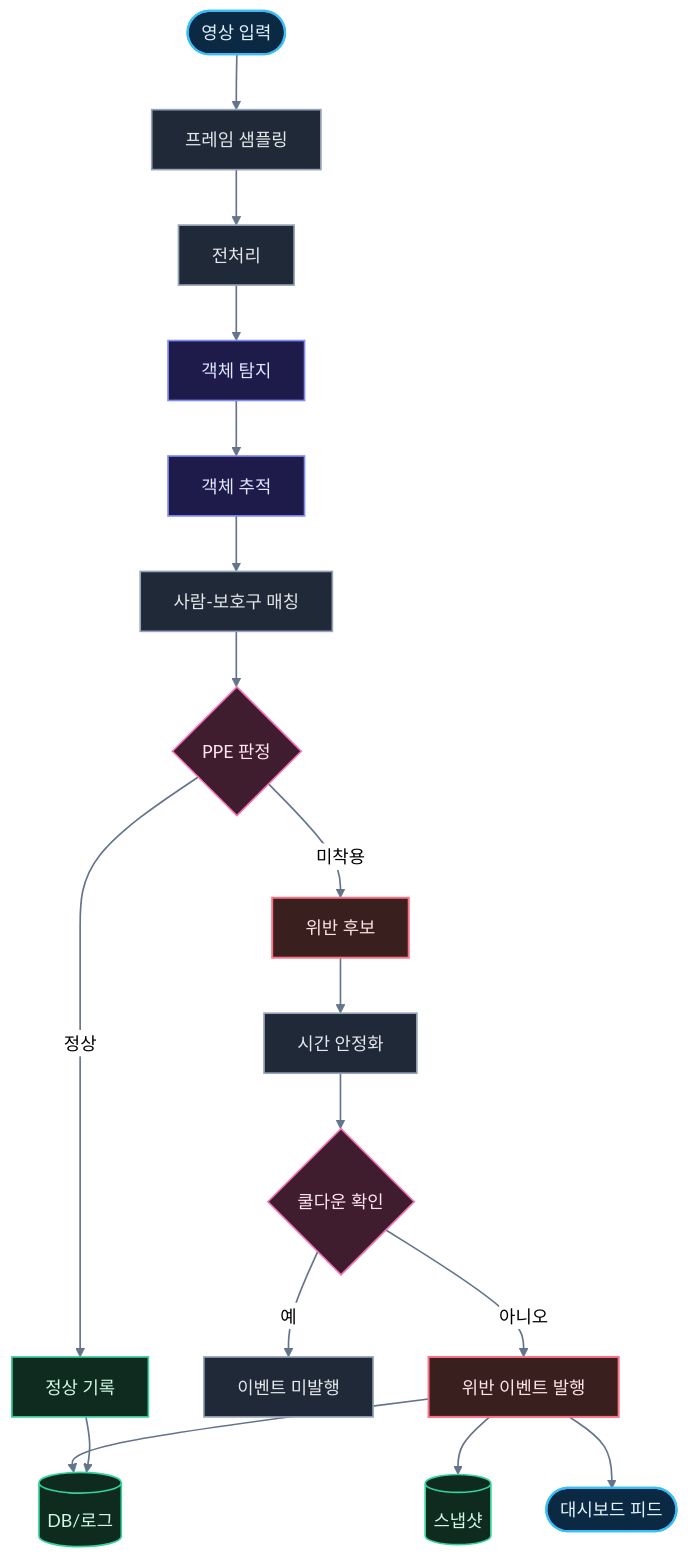
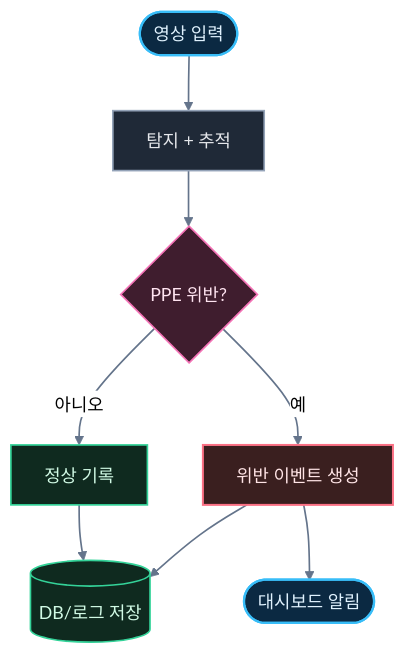
One commit to zeroziba9-hash/PPE-Monitoring-Dashboard changed the diagram in MERMAID_FLOW.mmd. Above: the diagram before and after it, drawn with Mermaid (neutral theme). The commit also changed 1 other file, not shown here.

Commit message:
docs: simplify mermaid pipeline to minimal process steps

```diff
--- a/MERMAID_FLOW.mmd
+++ b/MERMAID_FLOW.mmd
@@ -1,30 +1,18 @@
 flowchart TB
   classDef io fill:#0b2942,stroke:#38bdf8,color:#e0f2fe,stroke-width:2px;
-  classDef prep fill:#1f2937,stroke:#94a3b8,color:#e5e7eb,stroke-width:1.5px;
-  classDef ai fill:#1e1b4b,stroke:#818cf8,color:#e0e7ff,stroke-width:1.5px;
-  classDef rule fill:#3f1d2e,stroke:#f472b6,color:#ffe4f1,stroke-width:1.5px;
+  classDef process fill:#1f2937,stroke:#94a3b8,color:#e5e7eb,stroke-width:1.5px;
+  classDef decision fill:#3f1d2e,stroke:#f472b6,color:#ffe4f1,stroke-width:1.5px;
   classDef alert fill:#3a1f1f,stroke:#fb7185,color:#ffe4e6,stroke-width:1.8px;
   classDef save fill:#0f2a1f,stroke:#34d399,color:#d1fae5,stroke-width:1.5px;
 
-  A([영상 입력]):::io --> B[프레임 샘플링]:::prep
-  B --> C[전처리]:::prep
-  C --> D[객체 탐지]:::ai
-  D --> E[객체 추적]:::ai
-  E --> F[사람-보호구 매칭]:::prep
-  F --> G{PPE 판정}:::rule
+  A([영상 입력]):::io --> B[탐지 + 추적]:::process
+  B --> C{PPE 위반?}:::decision
 
-  G -->|정상| H1[정상 기록]:::save
-  G -->|미착용| H2[위반 후보]:::alert
+  C -->|아니오| D[정상 기록]:::save
+  C -->|예| E[위반 이벤트 생성]:::alert
 
-  H2 --> I[시간 안정화]:::prep
-  I --> J{쿨다운 확인}:::rule
-
-  J -->|예| K[이벤트 미발행]:::prep
-  J -->|아니오| L[위반 이벤트 발행]:::alert
-
-  L --> M[(스냅샷)]:::save
-  L --> N[(DB/로그)]:::save
-  L --> O([대시보드 피드]):::io
-  H1 --> N
+  E --> F[(DB/로그 저장)]:::save
+  E --> G([대시보드 알림]):::io
+  D --> F
 
   linkStyle default stroke:#64748b,stroke-width:1.5px;
```
